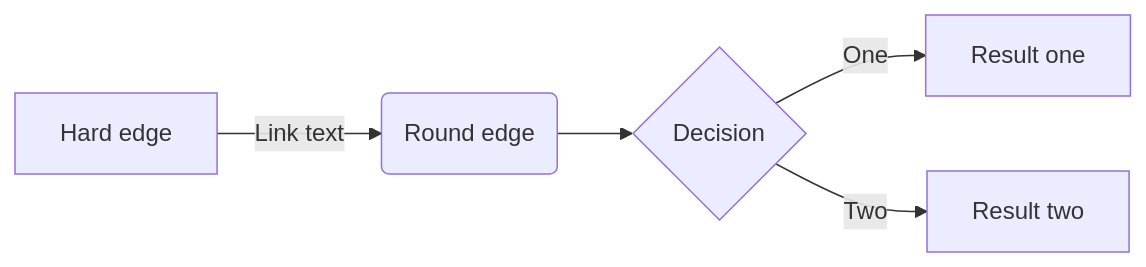
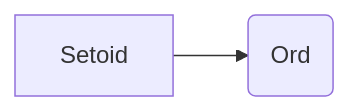
One commit to sanv92/fp changed the diagram in content/ord/_index.md. Above: the diagram before and after it, drawn with Mermaid. The commit also changed other lines of this file and 33 other files, not shown here.

```diff
--- a/content/ord/_index.md
+++ b/content/ord/_index.md
@@ -15,7 +16,4 @@
-{{<mermaid align="left">}}
+{{<mermaid align="center">}}
 graph LR;
-    A[Hard edge] -->|Link text| B(Round edge)
-    B --> C{Decision}
-    C -->|One| D[Result one]
-    C -->|Two| E[Result two]
-{{< /mermaid >}}
+    A[Setoid] --> B(Ord)
+{{</mermaid>}}
```
